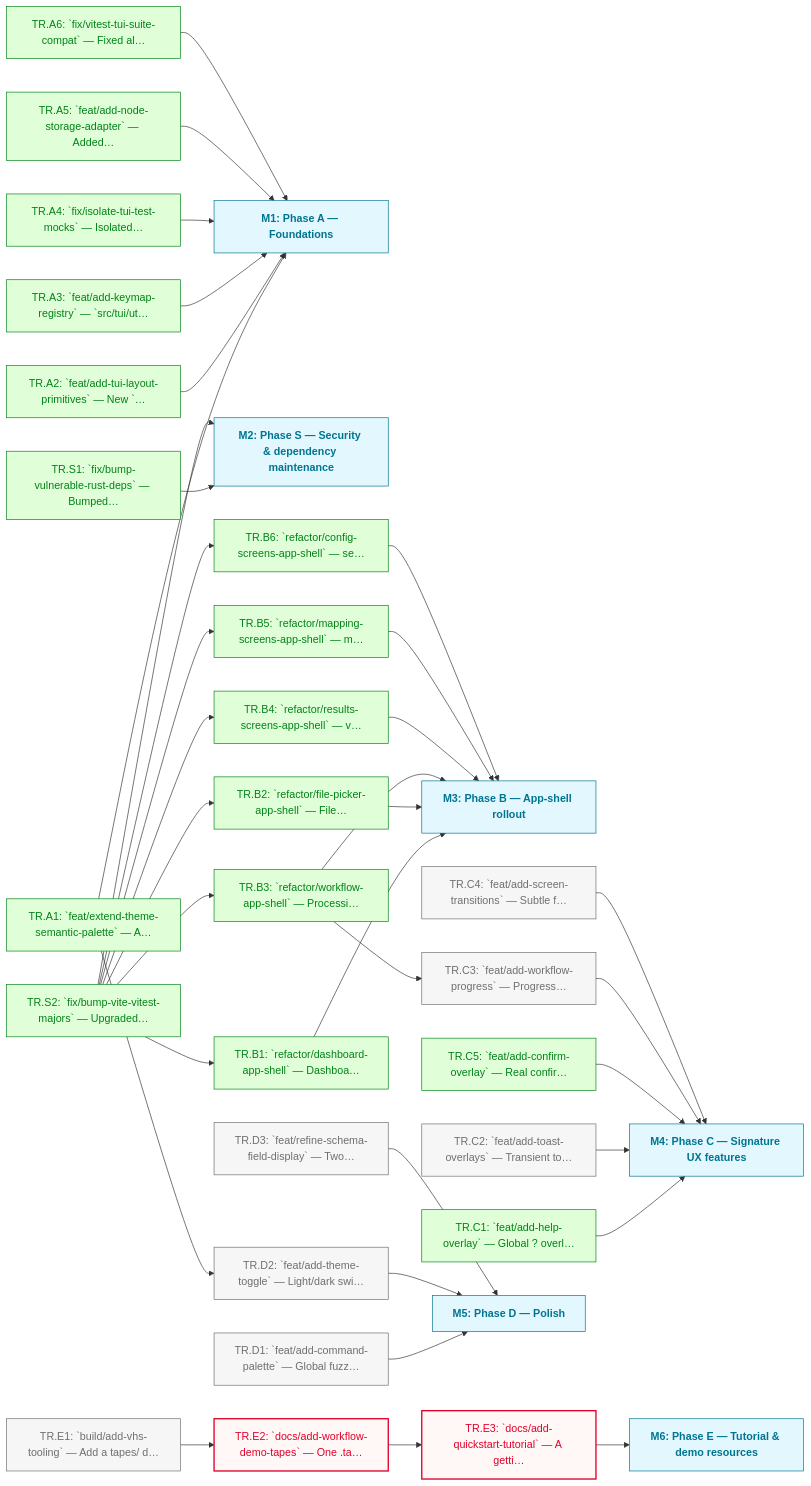
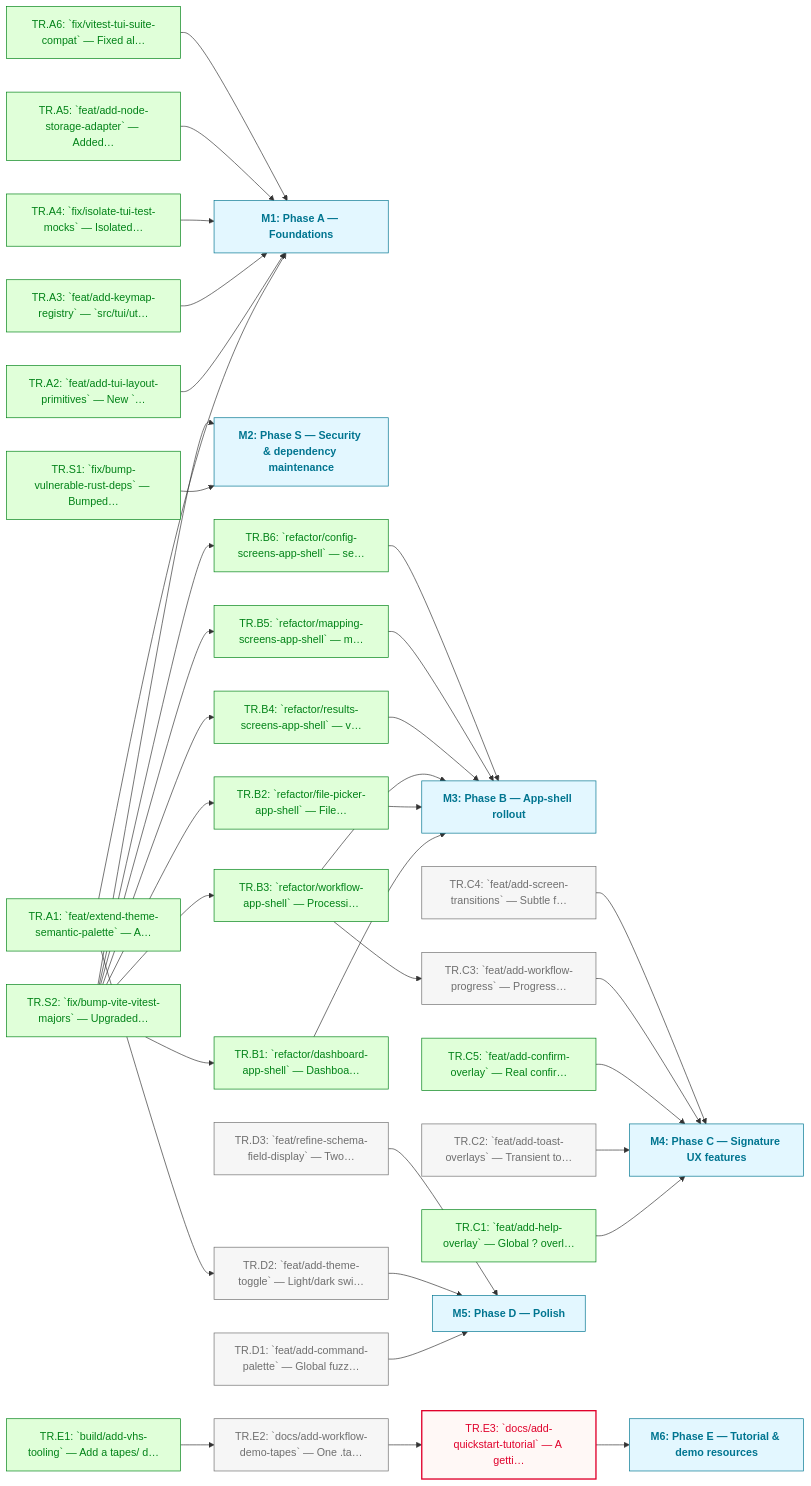
Before and after one commit to foundersandcoders/iris: the diagram in docs/roadmaps/v5a-2606/enhanced.md, drawn with Mermaid. The commit also changed other lines of this file and 1 other file, not shown here.

Commit message:
docs(roadmap): mark TR.E1 done, unblock TR.E2
TR.E1's VHS tooling was already merged in PR #86 but left todo in the
graph. Recompute cascades TR.E2 from blocked to todo.

Claude-Session: https://claude.ai/code/session_01M6DNNgA4MpFhodYCZNuVxo

````diff
--- a/docs/roadmaps/v5a-2606/enhanced.md
+++ b/docs/roadmaps/v5a-2606/enhanced.md
@@ -97,78 +97,78 @@
 ```mermaid
 graph LR
 	classDef todo fill:#f6f6f6,stroke:#6f6f6f,color:#6f6f6f
 	classDef blocked fill:#fff8f6,stroke:#e0002b,color:#e0002b,stroke-width:2px
 	classDef paused fill:#fdf4ff,stroke:#b01fe3,color:#b01fe3,stroke-dasharray:4 3
 	classDef deferred fill:#fff8f3,stroke:#ac5c00,color:#ac5c00,stroke-dasharray:2 4,font-style:italic
 	classDef done fill:#e0ffd9,stroke:#008217,color:#008217
 	classDef outOfScope fill:#f6f6f6,stroke:#e2e2e2,color:#e2e2e2,stroke-dasharray:2 2
 	classDef mile fill:#e3f7ff,stroke:#007590,color:#007590,font-weight:bold
 	classDef external fill:#fff9e5,stroke:#7d6f00,color:#7d6f00,stroke-dasharray:4 3,font-style:italic
 	TR.A1["TR.A1: `feat/extend-theme-semantic-palette` — A…"]
 	TR.A2["TR.A2: `feat/add-tui-layout-primitives` — New `…"]
 	TR.A3["TR.A3: `feat/add-keymap-registry` — `src/tui/ut…"]
 	TR.A4["TR.A4: `fix/isolate-tui-test-mocks` — Isolated…"]
 	TR.A5["TR.A5: `feat/add-node-storage-adapter` — Added…"]
 	TR.A6["TR.A6: `fix/vitest-tui-suite-compat` — Fixed al…"]
 	M1["M1: Phase A — Foundations"]:::mile
 	TR.S1["TR.S1: `fix/bump-vulnerable-rust-deps` — Bumped…"]
 	TR.S2["TR.S2: `fix/bump-vite-vitest-majors` — Upgraded…"]
 	M2["M2: Phase S — Security & dependency maintenance"]:::mile
 	TR.B1["TR.B1: `refactor/dashboard-app-shell` — Dashboa…"]
 	TR.B2["TR.B2: `refactor/file-picker-app-shell` — File…"]
 	TR.B3["TR.B3: `refactor/workflow-app-shell` — Processi…"]
 	TR.B4["TR.B4: `refactor/results-screens-app-shell` — v…"]
 	TR.B5["TR.B5: `refactor/mapping-screens-app-shell` — m…"]
 	TR.B6["TR.B6: `refactor/config-screens-app-shell` — se…"]
 	M3["M3: Phase B — App-shell rollout"]:::mile
 	TR.C1["TR.C1: `feat/add-help-overlay` — Global ? overl…"]
 	TR.C2["TR.C2: `feat/add-toast-overlays` — Transient to…"]
 	TR.C5["TR.C5: `feat/add-confirm-overlay` — Real confir…"]
 	TR.C3["TR.C3: `feat/add-workflow-progress` — Progress…"]
 	TR.C4["TR.C4: `feat/add-screen-transitions` — Subtle f…"]
 	M4["M4: Phase C — Signature UX features"]:::mile
 	TR.D1["TR.D1: `feat/add-command-palette` — Global fuzz…"]
 	TR.D2["TR.D2: `feat/add-theme-toggle` — Light/dark swi…"]
 	TR.D3["TR.D3: `feat/refine-schema-field-display` — Two…"]
 	M5["M5: Phase D — Polish"]:::mile
 	TR.E1["TR.E1: `build/add-vhs-tooling` — Add a tapes/ d…"]
 	TR.E2["TR.E2: `docs/add-workflow-demo-tapes` — One .ta…"]
 	TR.E3["TR.E3: `docs/add-quickstart-tutorial` — A getti…"]
 	M6["M6: Phase E — Tutorial & demo resources"]:::mile
 	TR.A1 --> M1
 	TR.A1 --> TR.D2
 	TR.A2 --> M1
 	TR.A3 --> M1
 	TR.A4 --> M1
 	TR.A5 --> M1
 	TR.A6 --> M1
 	TR.S1 --> M2
 	TR.S2 --> M2
 	TR.S2 --> TR.B1
 	TR.S2 --> TR.B2
 	TR.S2 --> TR.B3
 	TR.S2 --> TR.B4
 	TR.S2 --> TR.B5
 	TR.S2 --> TR.B6
 	TR.B1 --> M3
 	TR.B2 --> M3
 	TR.B3 --> M3
 	TR.B3 --> TR.C3
 	TR.B4 --> M3
 	TR.B5 --> M3
 	TR.B6 --> M3
 	TR.C1 --> M4
 	TR.C2 --> M4
 	TR.C5 --> M4
 	TR.C3 --> M4
 	TR.C4 --> M4
 	TR.D1 --> M5
 	TR.D2 --> M5
 	TR.D3 --> M5
 	TR.E1 --> TR.E2
 	TR.E2 --> TR.E3
 	TR.E3 --> M6
-	class TR.C2,TR.C3,TR.C4,TR.D1,TR.D2,TR.D3,TR.E1 todo
-	class TR.E2,TR.E3 blocked
-	class TR.A1,TR.A2,TR.A3,TR.A4,TR.A5,TR.A6,TR.B1,TR.B2,TR.B3,TR.B4,TR.B5,TR.B6,TR.C1,TR.C5,TR.S1,TR.S2 done
+	class TR.C2,TR.C3,TR.C4,TR.D1,TR.D2,TR.D3,TR.E2 todo
+	class TR.E3 blocked
+	class TR.A1,TR.A2,TR.A3,TR.A4,TR.A5,TR.A6,TR.B1,TR.B2,TR.B3,TR.B4,TR.B5,TR.B6,TR.C1,TR.C5,TR.E1,TR.S1,TR.S2 done
 ```
````
